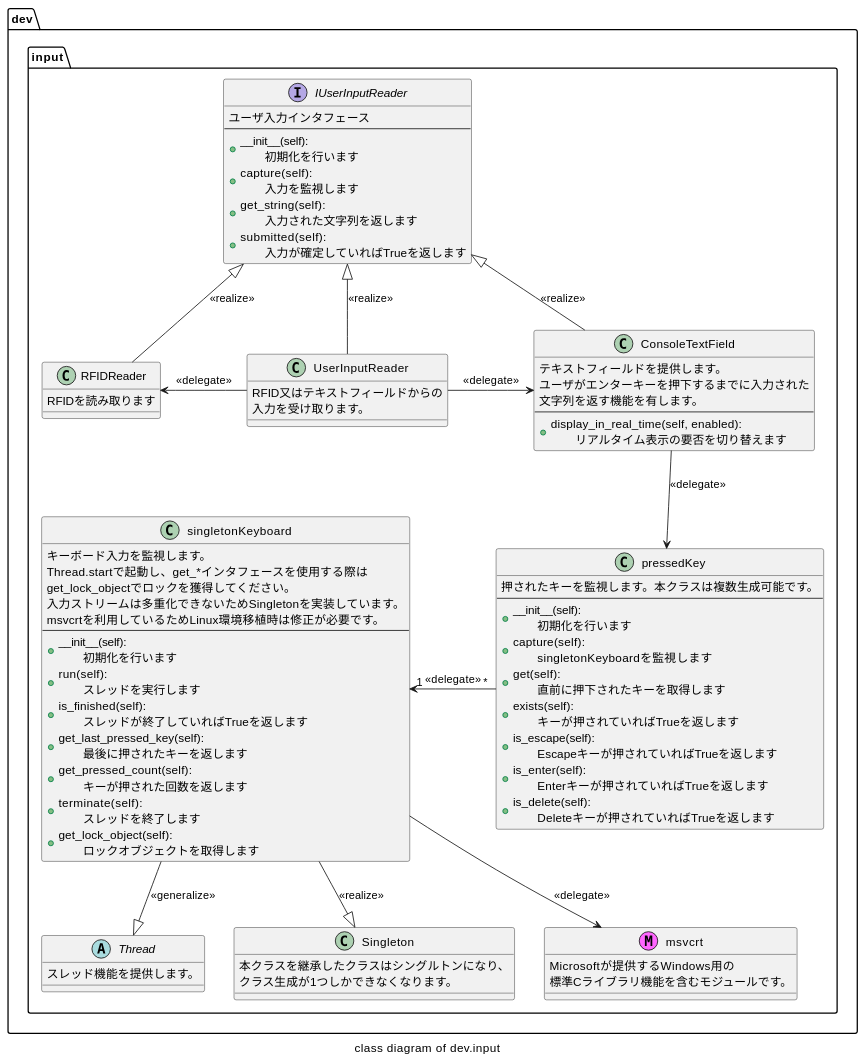
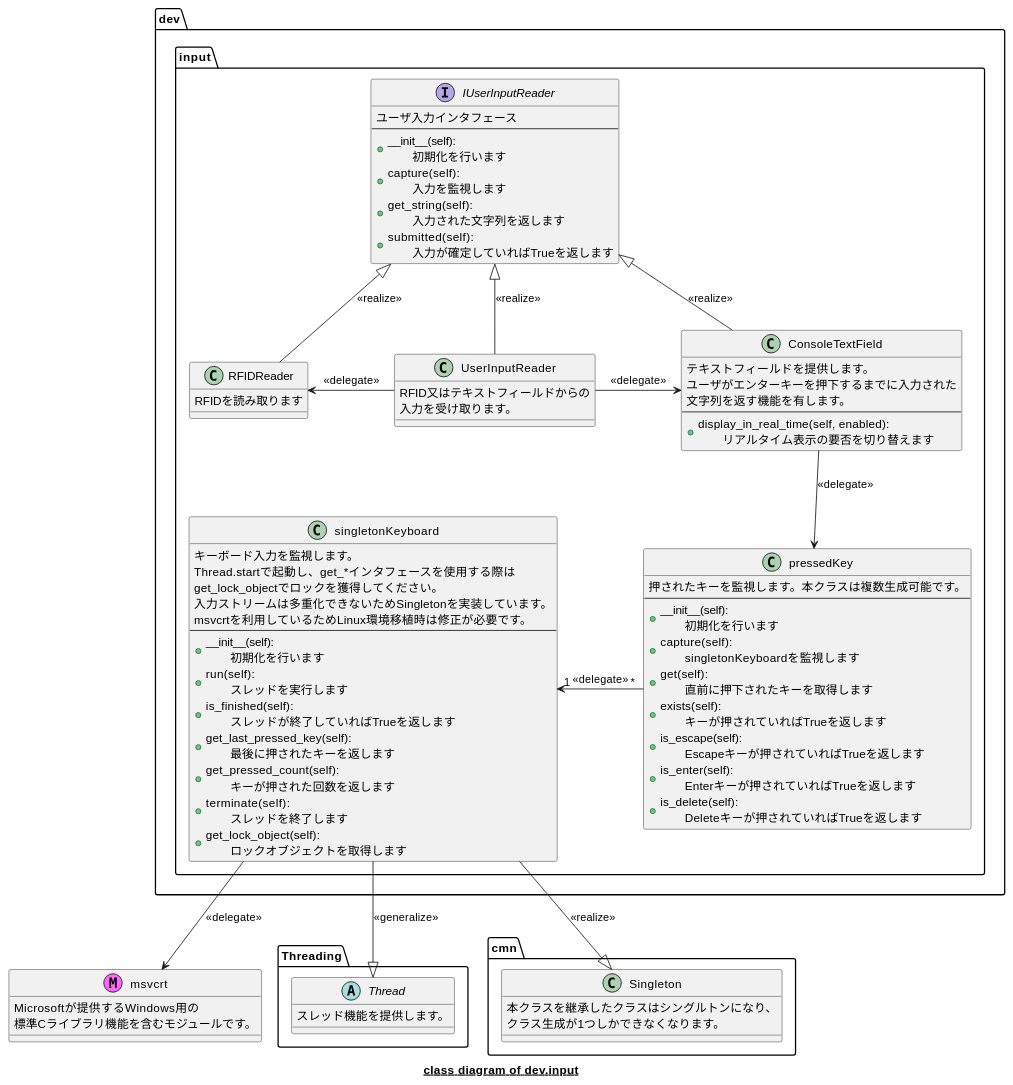
One commit to A-Yasue/EquipmentBookingSystem changed the third of 6 diagrams in doc/design.md. Above: the diagram before and after it, drawn with PlantUML. The commit also changed other lines of this file and 4 other files, not shown here.

````diff
--- a/doc/design.md
+++ b/doc/design.md
@@ -118,20 +152,6 @@
 ```plantuml
 
 package dev.input{
-    abstract Thread{
-        スレッド機能を提供します。
-    }
-
-    class Singleton{
-        本クラスを継承したクラスはシングルトンになり、
-        クラス生成が1つしかできなくなります。
-    }
-
-    class msvcrt <<M,f6f>>{
-        Microsoftが提供するWindows用の
-        標準Cライブラリ機能を含むモジュールです。
-    }
-
     interface IUserInputReader{
         ユーザ入力インタフェース
         ----
@@ -186,9 +206,23 @@
         入力を受け取ります。
     }
 }
+abstract Threading.Thread{
+    スレッド機能を提供します。
+}
 
-singletonKeyboard -do-|> Thread : <<generalize>>
-singletonKeyboard -do-|> Singleton : <<realize>>
+class cmn.Singleton{
+    本クラスを継承したクラスはシングルトンになり、
+    クラス生成が1つしかできなくなります。
+}
+
+class msvcrt <<M,f6f>>{
+    Microsoftが提供するWindows用の
+    標準Cライブラリ機能を含むモジュールです。
+}
+
+
+singletonKeyboard -do-|> Threading.Thread : <<generalize>>
+singletonKeyboard -do-|> cmn.Singleton : <<realize>>
 singletonKeyboard -do-> msvcrt : <<delegate>>
 
 pressedKey "*" -le--> "1" singletonKeyboard : <<delegate>>
@@ -201,5 +235,5 @@
 UserInputReader -ri-> ConsoleTextField : <<delegate>>
 UserInputReader -le-> RFIDReader : <<delegate>>
 
-caption class diagram of dev.input
+caption **__class diagram of dev.input__**
 ```
````
